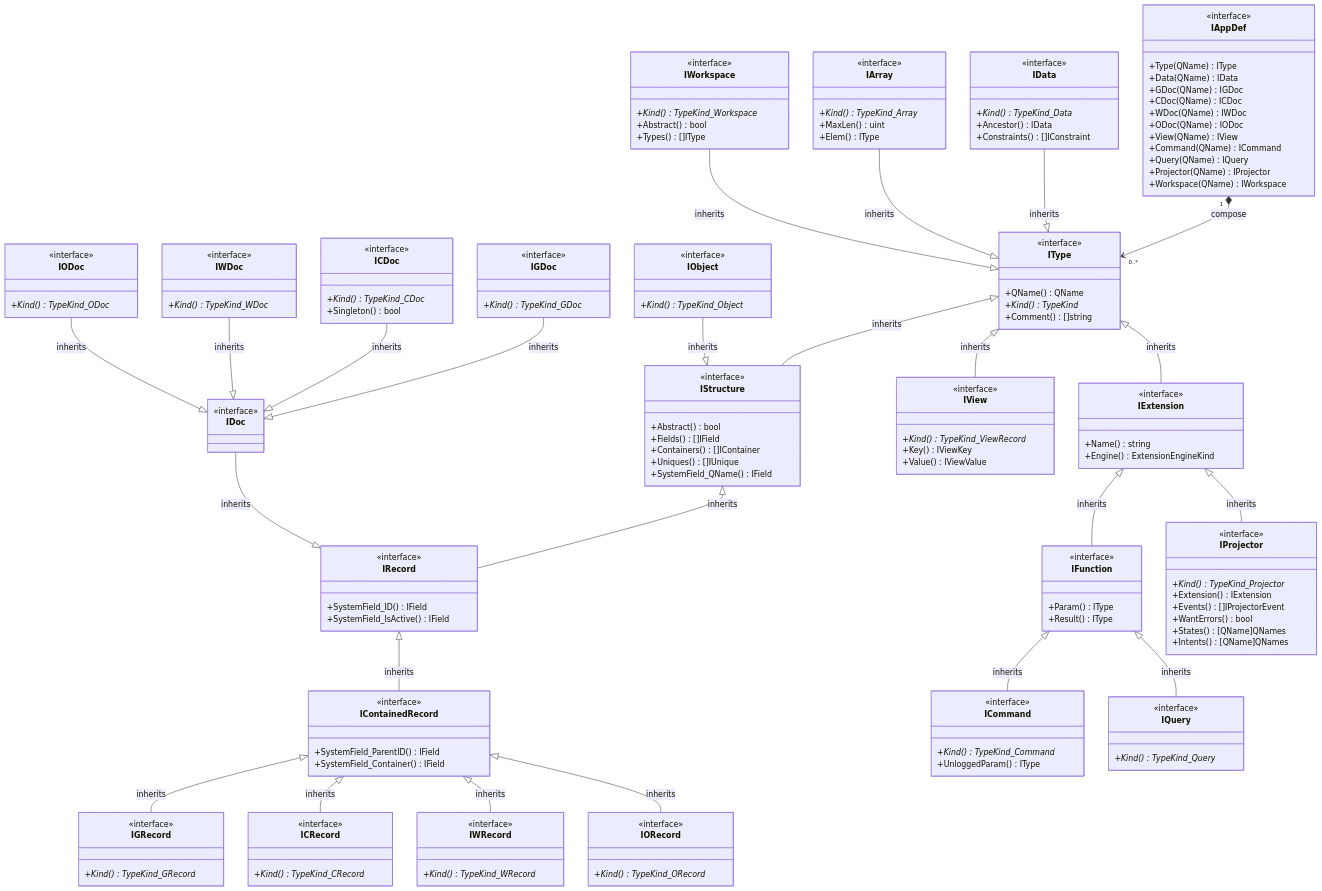
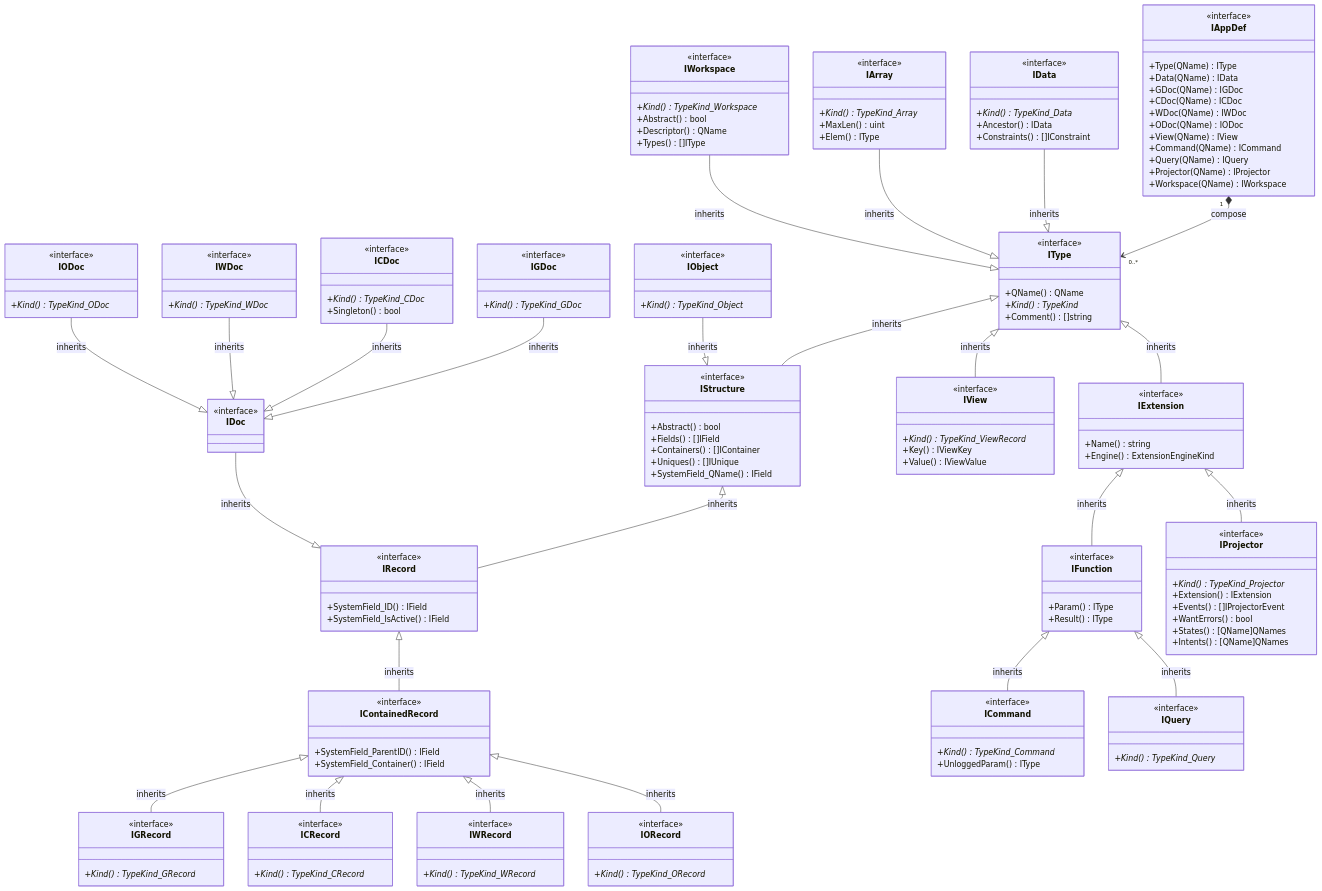
Before and after one commit to voedger/voedger: the first of 7 diagrams in pkg/appdef/README.md, drawn with Mermaid. The commit also changed other lines of this file, not shown here.

````diff
--- a/pkg/appdef/README.md
+++ b/pkg/appdef/README.md
@@ -182,6 +182,7 @@
         <<interface>>
         +Kind()* TypeKind_Workspace
         +Abstract() bool
+        +Descriptor() QName
         +Types() []IType
     }
 ```
````
